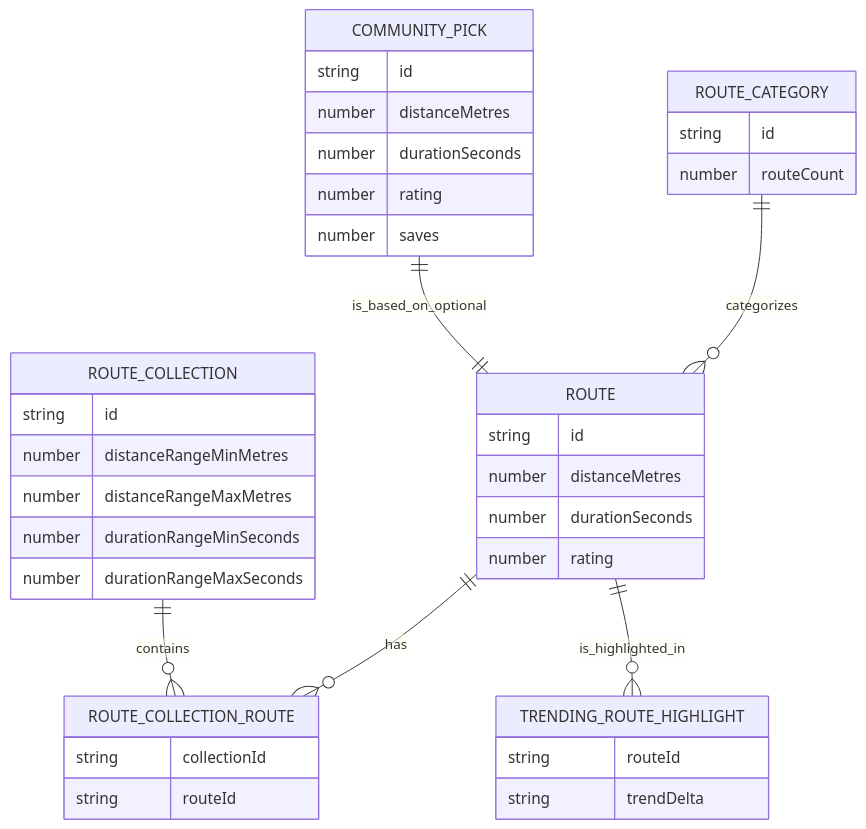
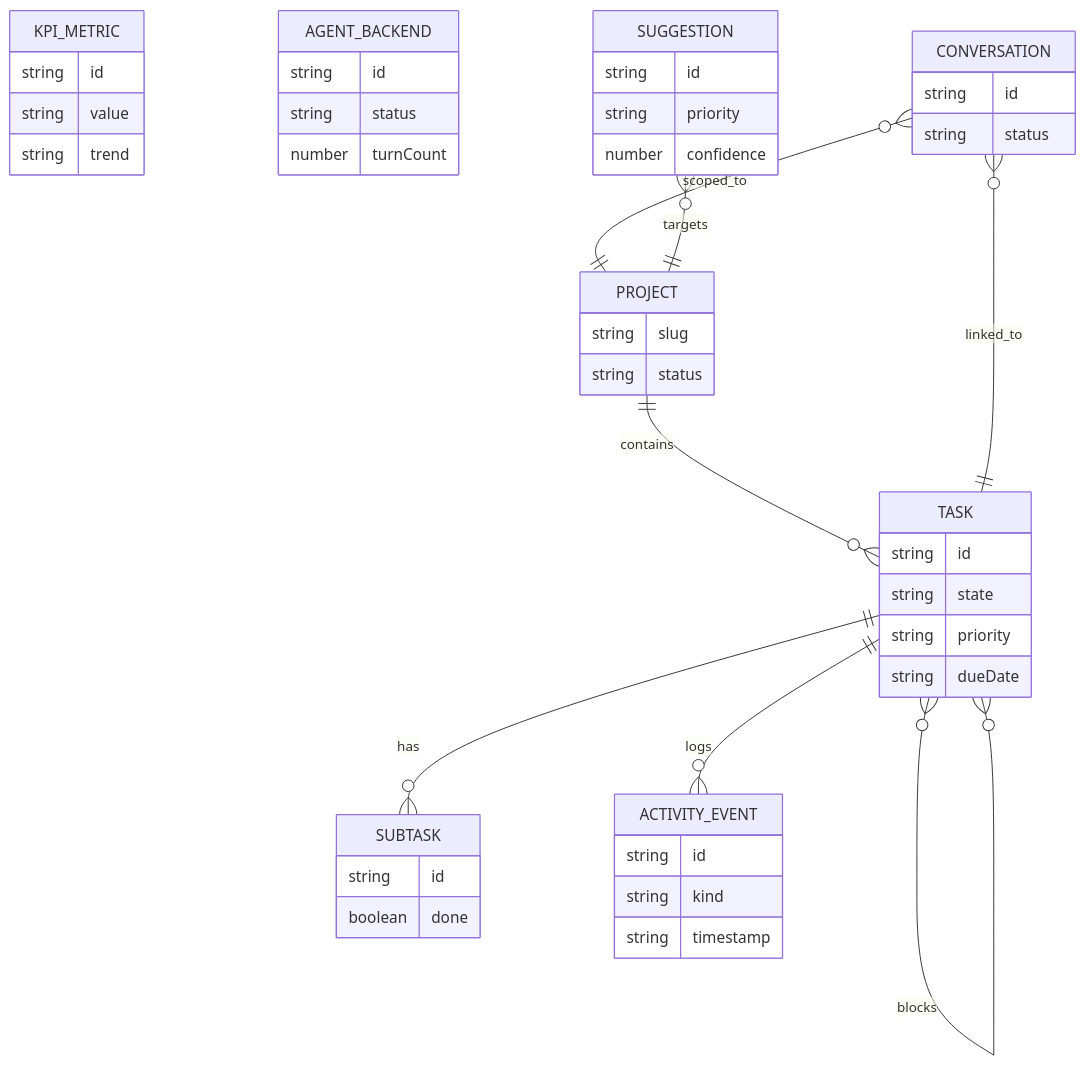
Before and after one commit to leynos/corbusier-mockup: the first of 2 diagrams in docs/data-model-driven-card-architecture.md, drawn with Mermaid. The commit also changed other lines of this file and 70 other files, not shown here.

````diff
--- a/docs/data-model-driven-card-architecture.md
+++ b/docs/data-model-driven-card-architecture.md
@@ -176,49 +271,56 @@
 ```mermaid
 erDiagram
-  ROUTE {
+  TASK {
     string id
-    number distanceMetres
-    number durationSeconds
-    number rating
+    string state
+    string priority
+    string dueDate
   }
 
-  ROUTE_CATEGORY {
-    string id
-    number routeCount
+  PROJECT {
+    string slug
+    string status
   }
 
-  ROUTE_COLLECTION {
+  SUBTASK {
     string id
-    number distanceRangeMinMetres
-    number distanceRangeMaxMetres
-    number durationRangeMinSeconds
-    number durationRangeMaxSeconds
+    boolean done
   }
 
-  ROUTE_COLLECTION_ROUTE {
-    string collectionId
-    string routeId
+  ACTIVITY_EVENT {
+    string id
+    string kind
+    string timestamp
   }
 
-  TRENDING_ROUTE_HIGHLIGHT {
-    string routeId
-    string trendDelta
+  KPI_METRIC {
+    string id
+    string value
+    string trend
   }
 
-  COMMUNITY_PICK {
+  AGENT_BACKEND {
     string id
-    number distanceMetres
-    number durationSeconds
-    number rating
-    number saves
+    string status
+    number turnCount
   }
 
-  ROUTE ||--o{ ROUTE_COLLECTION_ROUTE : has
-  ROUTE_COLLECTION ||--o{ ROUTE_COLLECTION_ROUTE : contains
+  SUGGESTION {
+    string id
+    string priority
+    number confidence
+  }
 
-  ROUTE ||--o{ TRENDING_ROUTE_HIGHLIGHT : is_highlighted_in
+  CONVERSATION {
+    string id
+    string status
+  }
 
-  ROUTE_CATEGORY ||--o{ ROUTE : categorizes
-
-  COMMUNITY_PICK ||--|| ROUTE : is_based_on_optional
+  PROJECT ||--o{ TASK : contains
+  TASK ||--o{ SUBTASK : has
+  TASK ||--o{ ACTIVITY_EVENT : logs
+  TASK }o--o{ TASK : blocks
+  CONVERSATION }o--|| TASK : linked_to
+  CONVERSATION }o--|| PROJECT : scoped_to
+  SUGGESTION }o--|| PROJECT : targets
 ```
````
